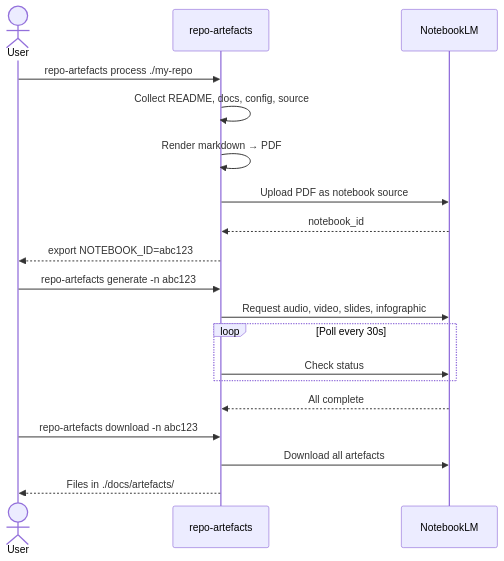
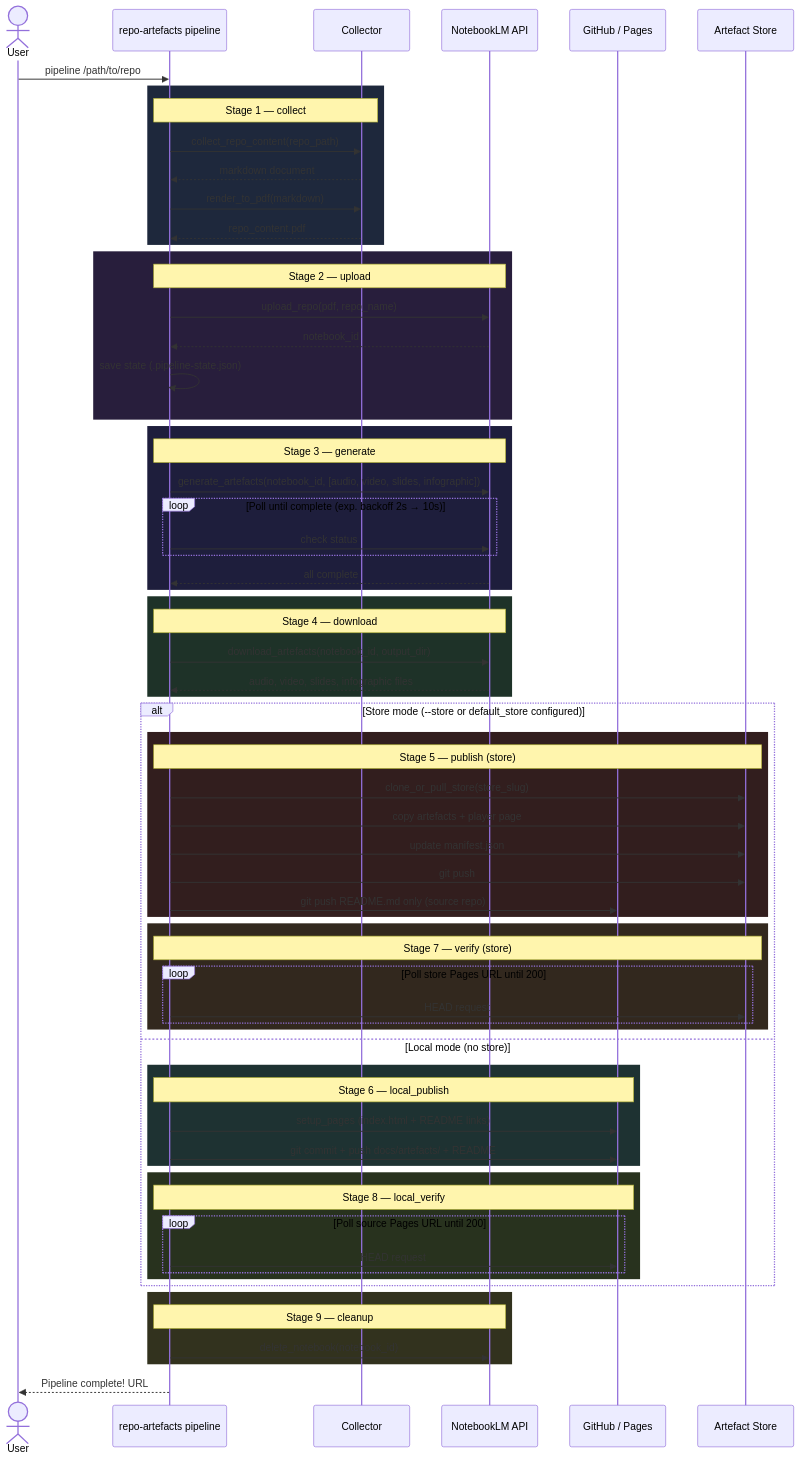
One commit to NetDevAutomate/notebooklm-repo-artefacts changed the third of 16 diagrams in docs/use-cases.md. Above: the diagram before and after it, drawn with Mermaid. The commit also changed other lines of this file and 9 other files, not shown here.

First line of the commit message:
docs: comprehensive documentation overhaul with C4 architecture and runbooks

````diff
--- a/docs/use-cases.md
+++ b/docs/use-cases.md
@@ -7,24 +126,79 @@
 ```mermaid
 sequenceDiagram
     actor User
-    participant CLI as repo-artefacts
-    participant NLM as NotebookLM
+    participant CLI as repo-artefacts pipeline
+    participant Col as Collector
+    participant NLM as NotebookLM API
+    participant GH as GitHub / Pages
+    participant Store as Artefact Store
 
-    User->>CLI: repo-artefacts process ./my-repo
-    CLI->>CLI: Collect README, docs, config, source
-    CLI->>CLI: Render markdown → PDF
-    CLI->>NLM: Upload PDF as notebook source
-    NLM-->>CLI: notebook_id
-    CLI-->>User: export NOTEBOOK_ID=abc123
+    User->>CLI: pipeline /path/to/repo
 
-    User->>CLI: repo-artefacts generate -n abc123
-    CLI->>NLM: Request audio, video, slides, infographic
-    loop Poll every 30s
-        CLI->>NLM: Check status
+    rect rgb(30, 40, 60)
+        Note over CLI,Col: Stage 1 — collect
+        CLI->>Col: collect_repo_content(repo_path)
+        Col-->>CLI: markdown document
+        CLI->>Col: render_to_pdf(markdown)
+        Col-->>CLI: repo_content.pdf
     end
-    NLM-->>CLI: All complete
 
-    User->>CLI: repo-artefacts download -n abc123
-    CLI->>NLM: Download all artefacts
-    CLI-->>User: Files in ./docs/artefacts/
+    rect rgb(40, 30, 60)
+        Note over CLI,NLM: Stage 2 — upload
+        CLI->>NLM: upload_repo(pdf, repo_name)
+        NLM-->>CLI: notebook_id
+        CLI->>CLI: save state (.pipeline-state.json)
+    end
+
+    rect rgb(30, 30, 60)
+        Note over CLI,NLM: Stage 3 — generate
+        CLI->>NLM: generate_artefacts(notebook_id, [audio, video, slides, infographic])
+        loop Poll until complete (exp. backoff 2s → 10s)
+            CLI->>NLM: check status
+        end
+        NLM-->>CLI: all complete
+    end
+
+    rect rgb(30, 50, 40)
+        Note over CLI,NLM: Stage 4 — download
+        CLI->>NLM: download_artefacts(notebook_id, output_dir)
+        NLM-->>CLI: audio, video, slides, infographic files
+    end
+
+    alt Store mode (--store or default_store configured)
+        rect rgb(50, 30, 30)
+            Note over CLI,Store: Stage 5 — publish (store)
+            CLI->>Store: clone_or_pull_store(store_slug)
+            CLI->>Store: copy artefacts + player page
+            CLI->>Store: update manifest.json
+            CLI->>Store: git push
+            CLI->>GH: git push README.md only (source repo)
+        end
+
+        rect rgb(50, 40, 30)
+            Note over CLI,Store: Stage 7 — verify (store)
+            loop Poll store Pages URL until 200
+                CLI->>Store: HEAD request
+            end
+        end
+    else Local mode (no store)
+        rect rgb(30, 50, 50)
+            Note over CLI,GH: Stage 6 — local_publish
+            CLI->>GH: setup_pages (index.html + README links)
+            CLI->>GH: git commit + push docs/artefacts/ + README
+        end
+
+        rect rgb(40, 50, 30)
+            Note over CLI,GH: Stage 8 — local_verify
+            loop Poll source Pages URL until 200
+                CLI->>GH: HEAD request
+            end
+        end
+    end
+
+    rect rgb(50, 50, 30)
+        Note over CLI,NLM: Stage 9 — cleanup
+        CLI->>NLM: delete_notebook(notebook_id)
+    end
+
+    CLI-->>User: Pipeline complete! URL
 ```
````
